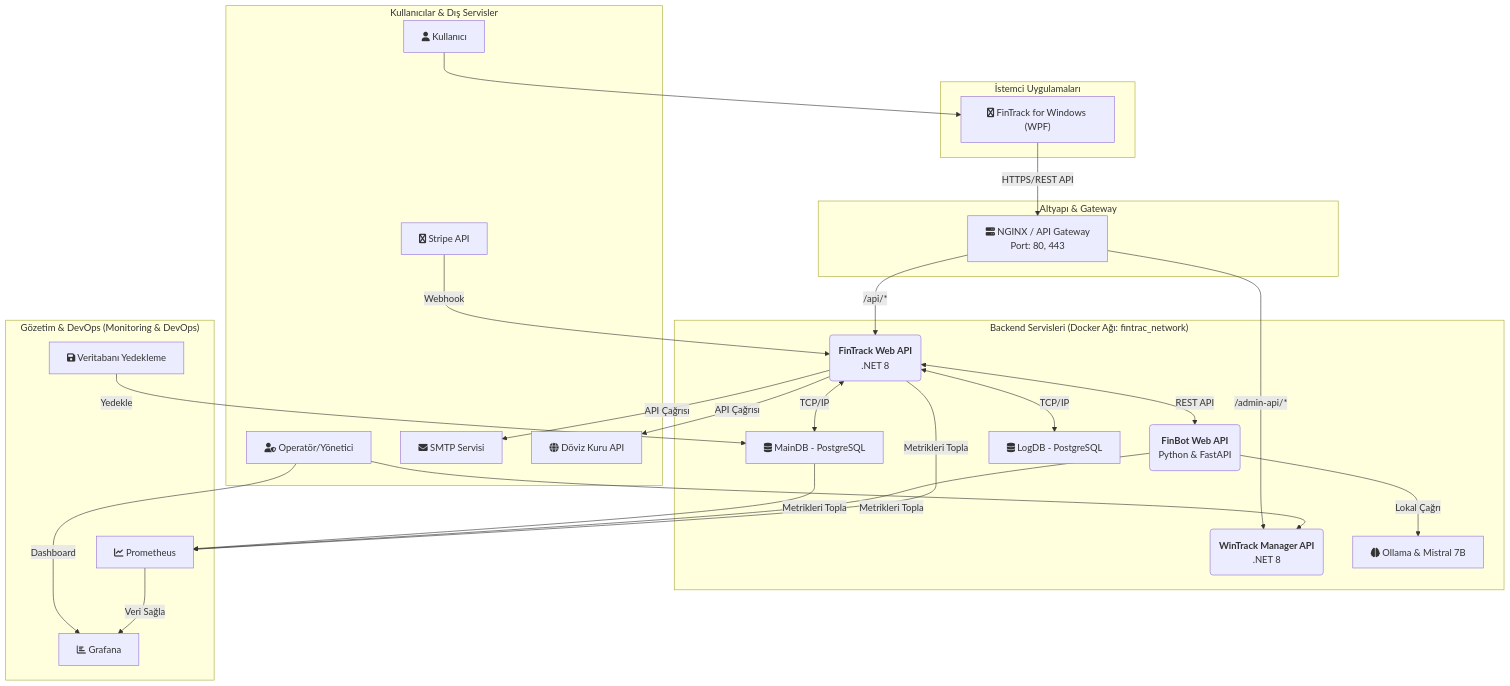
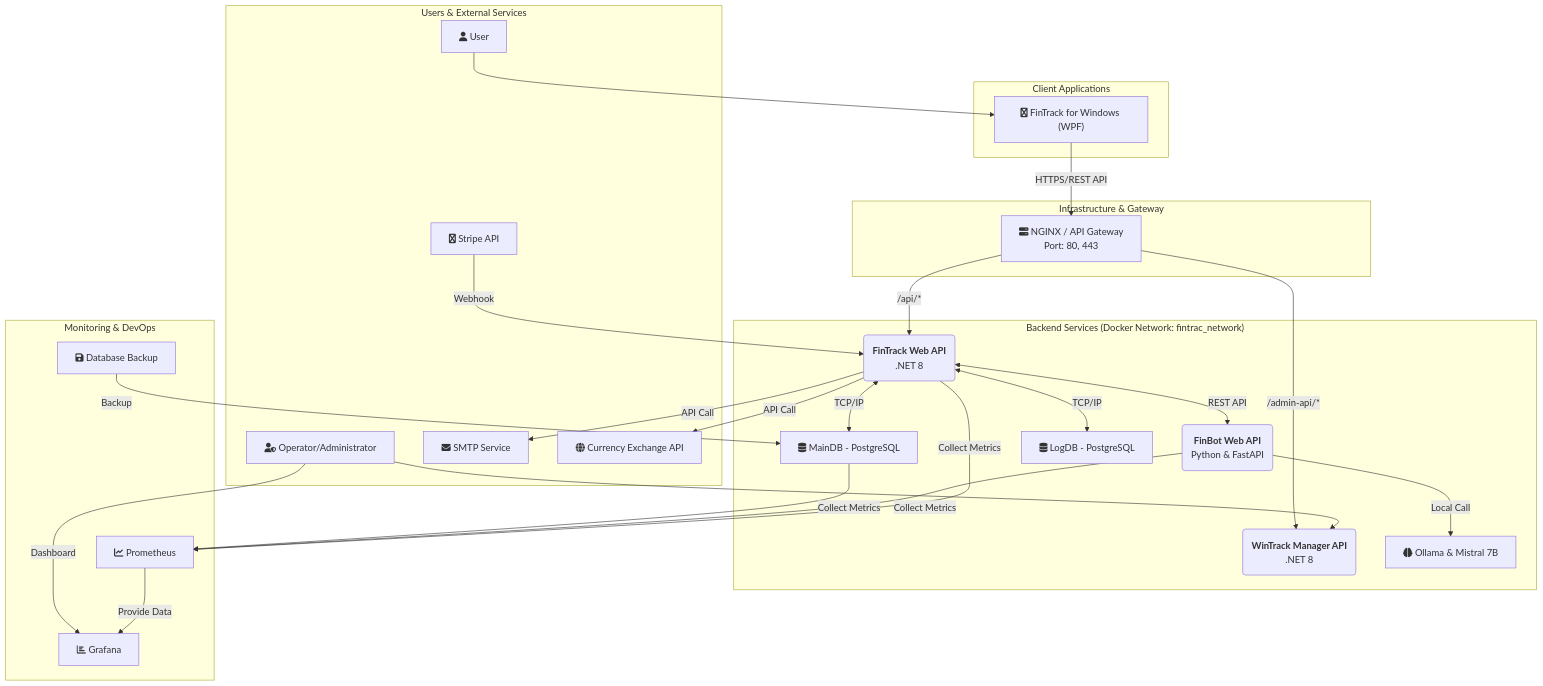
Before and after one commit to EnesEfeTokta/FinTrackWebApi: the first of 4 diagrams in docs/ARCHITECTURE.md, drawn with Mermaid. The commit also changed other lines of this file and 12 other files, not shown here.

First line of the commit message:
refactor: Refactor registration flow and update documentation

````diff
--- a/docs/ARCHITECTURE.md
+++ b/docs/ARCHITECTURE.md
@@ -17,59 +17,59 @@
 ```mermaid
 graph TD
-    subgraph "Kullanıcılar & Dış Servisler"
-        User["fa:fa-user Kullanıcı"]
-        Admin["fa:fa-user-shield Operatör/Yönetici"]
+    subgraph "Users & External Services"
+        User["fa:fa-user User"]
+        Admin["fa:fa-user-shield Operator/Administrator"]
         StripeSvc["fa:fa-stripe Stripe API"]
-        EmailSvc["fa:fa-envelope SMTP Servisi"]
-        CurrencyApi["fa:fa-globe Döviz Kuru API"]
+        EmailSvc["fa:fa-envelope SMTP Service"]
+        CurrencyApi["fa:fa-globe Currency Exchange API"]
     end
 
-    subgraph "İstemci Uygulamaları"
+    subgraph "Client Applications"
         WPF_Client["fa:fa-windows FinTrack for Windows (WPF)"]
     end
 
-    subgraph "Altyapı & Gateway"
+    subgraph "Infrastructure & Gateway"
         Nginx["fa:fa-server NGINX / API Gateway<br>Port: 80, 443"]
     end
 
-    subgraph "Backend Servisleri (Docker Ağı: fintrac_network)"
+    subgraph "Backend Services (Docker Network: fintrac_network)"
         API_Main(<b>FinTrack Web API</b><br>.NET 8)
         API_Admin(<b>WinTrack Manager API</b><br>.NET 8)
         API_Bot(<b>FinBot Web API</b><br>Python & FastAPI)
         DB_Main["fa:fa-database MainDB - PostgreSQL"]
         DB_Log["fa:fa-database LogDB - PostgreSQL"]
         Ollama["fa:fa-brain Ollama & Mistral 7B"]
     end
     
-    subgraph "Gözetim & DevOps (Monitoring & DevOps)"
+    subgraph "Monitoring & DevOps"
         Prometheus["fa:fa-chart-line Prometheus"]
         Grafana["fa:fa-chart-bar Grafana"]
-        PgBackup["fa:fa-save Veritabanı Yedekleme"]
+        PgBackup["fa:fa-save Database Backup"]
     end
 
     User --> WPF_Client
     Admin --> API_Admin
 
     WPF_Client --> |HTTPS/REST API| Nginx
     
     Nginx --> |/api/*| API_Main
     Nginx --> |/admin-api/*| API_Admin
 
     API_Main <--> |REST API| API_Bot
     API_Main <--> |TCP/IP| DB_Main
     API_Main <--> |TCP/IP| DB_Log
-    API_Main --> |API Çağrısı| EmailSvc
-    API_Main --> |API Çağrısı| CurrencyApi
-    API_Bot --> |Lokal Çağrı| Ollama
+    API_Main --> |API Call| EmailSvc
+    API_Main --> |API Call| CurrencyApi
+    API_Bot --> |Local Call| Ollama
 
     StripeSvc --> |Webhook| API_Main
 
-    API_Main -- "Metrikleri Topla" --> Prometheus
-    API_Bot -- "Metrikleri Topla" --> Prometheus
-    DB_Main -- "Metrikleri Topla" --> Prometheus
+    API_Main -- "Collect Metrics" --> Prometheus
+    API_Bot -- "Collect Metrics" --> Prometheus
+    DB_Main -- "Collect Metrics" --> Prometheus
     
-    Prometheus --> |Veri Sağla| Grafana
+    Prometheus --> |Provide Data| Grafana
     Admin --> |Dashboard| Grafana
     
-    PgBackup --> |Yedekle| DB_Main
+    PgBackup --> |Backup| DB_Main
 ```
````
